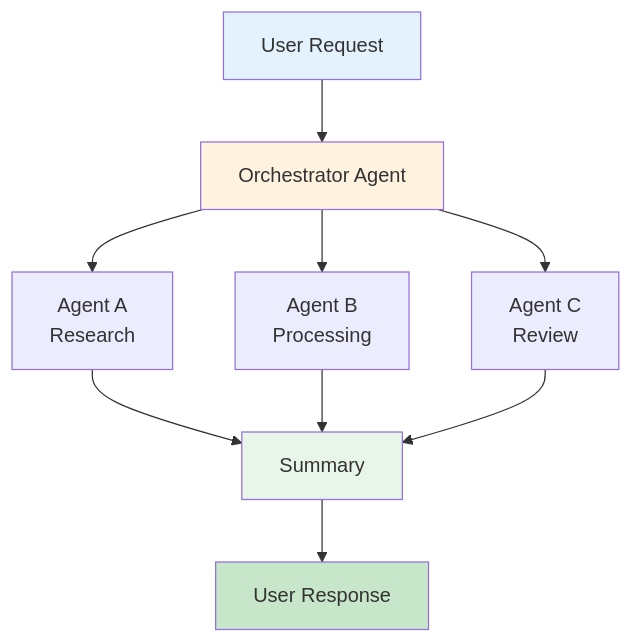
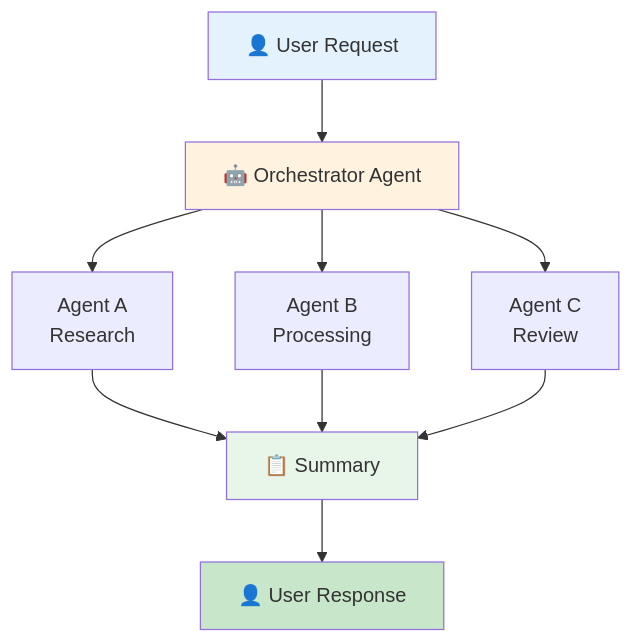
One commit to justinsz/ProPrompt changed the diagram in guide_en.md. Above: the diagram before and after it, drawn with Mermaid. The commit also changed other lines of this file and 11 other files, not shown here.

First line of the commit message:
Restore emojis in normal text, keep prompts clean, fix Mermaid syntax

````diff
--- a/guide_en.md
+++ b/guide_en.md
@@ -284,14 +284,14 @@
 ```mermaid
 flowchart TB
-    A[User Request] --> B[Orchestrator Agent]
+    A[👤 User Request] --> B[🤖 Orchestrator Agent]
     B --> C[Agent A<br/>Research]
     B --> D[Agent B<br/>Processing]
     B --> E[Agent C<br/>Review]
-    C & D & E --> F[Summary]
-    F --> G[User Response]
+    C & D & E --> F[📋 Summary]
+    F --> G[👤 User Response]
 
     style A fill:#e3f2fd
     style B fill:#fff3e0
     style F fill:#e8f5e9
     style G fill:#c8e6c9
 ```
````
